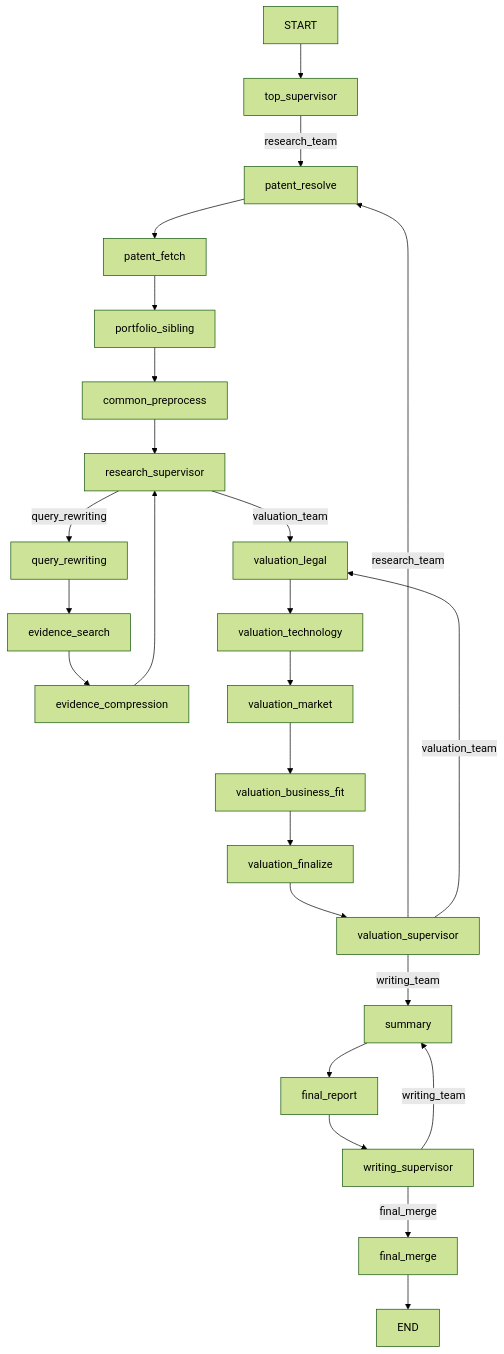
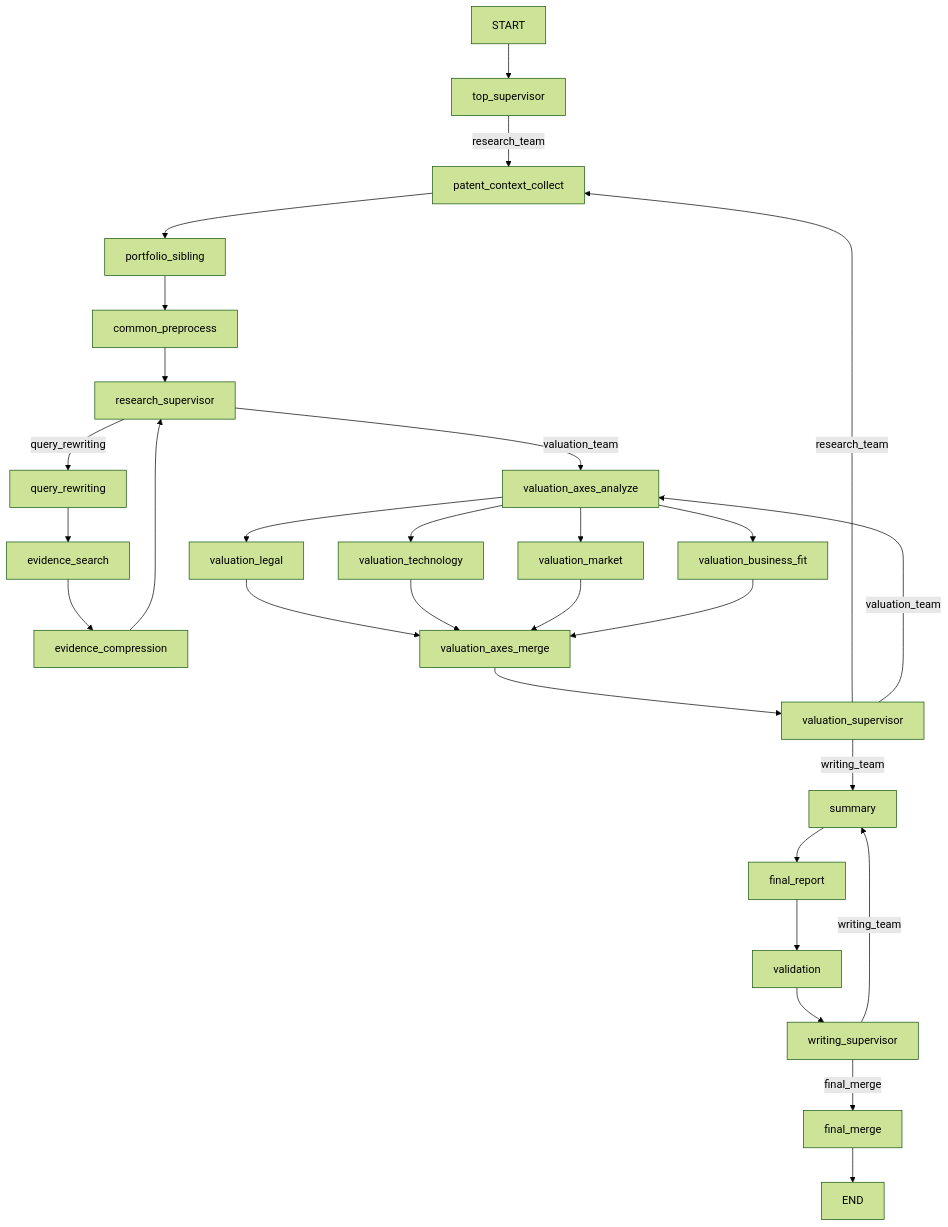
Before and after one commit to SKALA-11st-Team/PatentFlow_Agent: the diagram in docs/agent_workflow_collaboration_guide.md, drawn with Mermaid (forest theme). The commit also changed other lines of this file and 10 other files, not shown here.

````diff
--- a/docs/agent_workflow_collaboration_guide.md
+++ b/docs/agent_workflow_collaboration_guide.md
@@ -240,30 +243,34 @@
 ```mermaid
 flowchart TD
     START --> TOP["top_supervisor"]
-    TOP -->|"research_team"| RESOLVE["patent_resolve"]
-    RESOLVE --> FETCH["patent_fetch"]
-    FETCH --> PORTFOLIO["portfolio_sibling"]
+    TOP -->|"research_team"| COLLECT["patent_context_collect"]
+    COLLECT --> PORTFOLIO["portfolio_sibling"]
     PORTFOLIO --> PRE["common_preprocess"]
     PRE --> RS["research_supervisor"]
 
     RS -->|"query_rewriting"| QR["query_rewriting"]
     QR --> SEARCH["evidence_search"]
     SEARCH --> COMPRESS["evidence_compression"]
     COMPRESS --> RS
 
-    RS -->|"valuation_team"| VL["valuation_legal"]
-    VL --> VT["valuation_technology"]
-    VT --> VM["valuation_market"]
-    VM --> VB["valuation_business_fit"]
-    VB --> VF["valuation_finalize"]
-    VF --> VS["valuation_supervisor"]
-    VS -->|"research_team"| RESOLVE
-    VS -->|"valuation_team"| VL
+    RS -->|"valuation_team"| VA["valuation_axes_analyze"]
+    VA --> VL["valuation_legal"]
+    VA --> VT["valuation_technology"]
+    VA --> VM["valuation_market"]
+    VA --> VB["valuation_business_fit"]
+    VL --> VAM["valuation_axes_merge"]
+    VT --> VAM
+    VM --> VAM
+    VB --> VAM
+    VAM --> VS["valuation_supervisor"]
+    VS -->|"research_team"| COLLECT
+    VS -->|"valuation_team"| VA
     VS -->|"writing_team"| SUMMARY["summary"]
 
     SUMMARY --> REPORT["final_report"]
-    REPORT --> WS["writing_supervisor"]
+    REPORT --> VALIDATION["validation"]
+    VALIDATION --> WS["writing_supervisor"]
     WS -->|"writing_team"| SUMMARY
     WS -->|"final_merge"| FINAL["final_merge"]
     FINAL --> END
 ```
````
